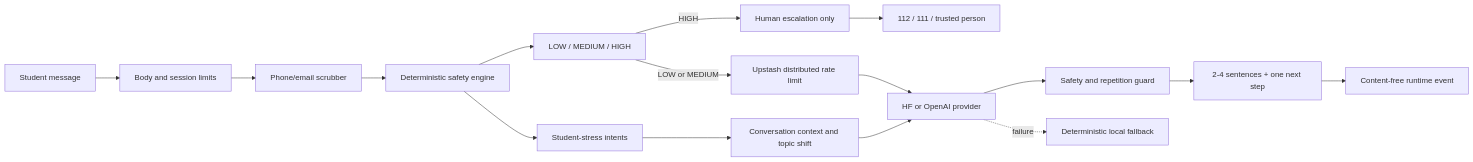
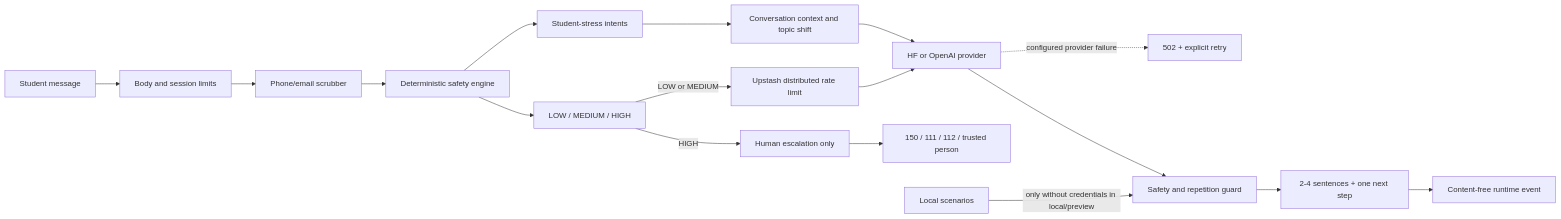
The diagram in README.md (azimxxd/firststep), drawn with Mermaid before and after one commit. The commit also changed other lines of this file and 18 other files, not shown here.

````diff
--- a/README.md
+++ b/README.md
@@ -41,18 +42,19 @@
 ```mermaid
 flowchart LR
   User[Student message] --> Validate[Body and session limits]
   Validate --> PII[Phone/email scrubber]
   PII --> Safety[Deterministic safety engine]
   Safety --> Risk[LOW / MEDIUM / HIGH]
   Safety --> Intent[Student-stress intents]
   Intent --> Context[Conversation context and topic shift]
   Risk -->|HIGH| Crisis[Human escalation only]
-  Crisis --> Resources[112 / 111 / trusted person]
+  Crisis --> Resources[150 / 111 / 112 / trusted person]
   Risk -->|LOW or MEDIUM| Limit[Upstash distributed rate limit]
   Limit --> Provider[HF or OpenAI provider]
   Context --> Provider
   Provider --> Guard[Safety and repetition guard]
   Guard --> Reply[2-4 sentences + one next step]
   Reply --> Logs[Content-free runtime event]
-  Provider -. failure .-> Local[Deterministic local fallback]
+  Provider -. configured provider failure .-> Retry[502 + explicit retry]
+  Local[Local scenarios] -->|only without credentials in local/preview| Guard
 ```
````
